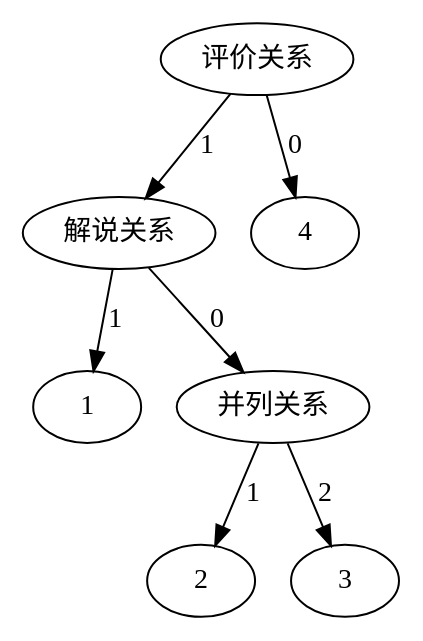
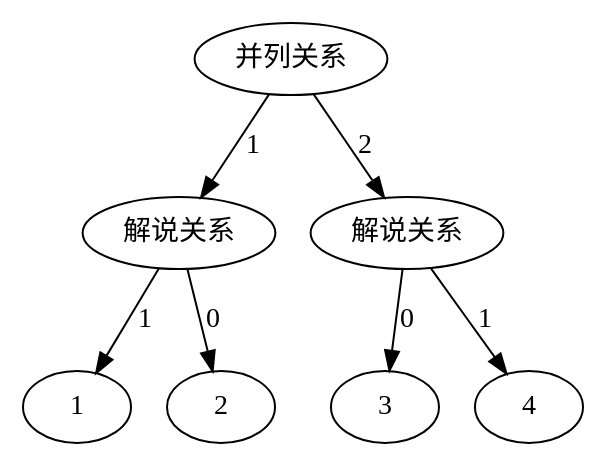
The diagram in struct.gv (Drenight/2020GraduationProject), drawn with Graphviz before and after one commit. The commit also changed 8 other files, not shown here.

```diff
--- a/struct.gv
+++ b/struct.gv
@@ -1,15 +1,15 @@
 digraph G {
-	0 [label="评价关系"]
+	0 [label="并列关系"]
 	1 [label="解说关系"]
 	0 -> 1 [label=1]
 	2 [label=1]
 	1 -> 2 [label=1]
-	3 [label="并列关系"]
+	3 [label=2]
 	1 -> 3 [label=0]
-	4 [label=2]
-	3 -> 4 [label=1]
+	4 [label="解说关系"]
+	0 -> 4 [label=2]
 	5 [label=3]
-	3 -> 5 [label=2]
+	4 -> 5 [label=0]
 	6 [label=4]
-	0 -> 6 [label=0]
+	4 -> 6 [label=1]
 }
```
